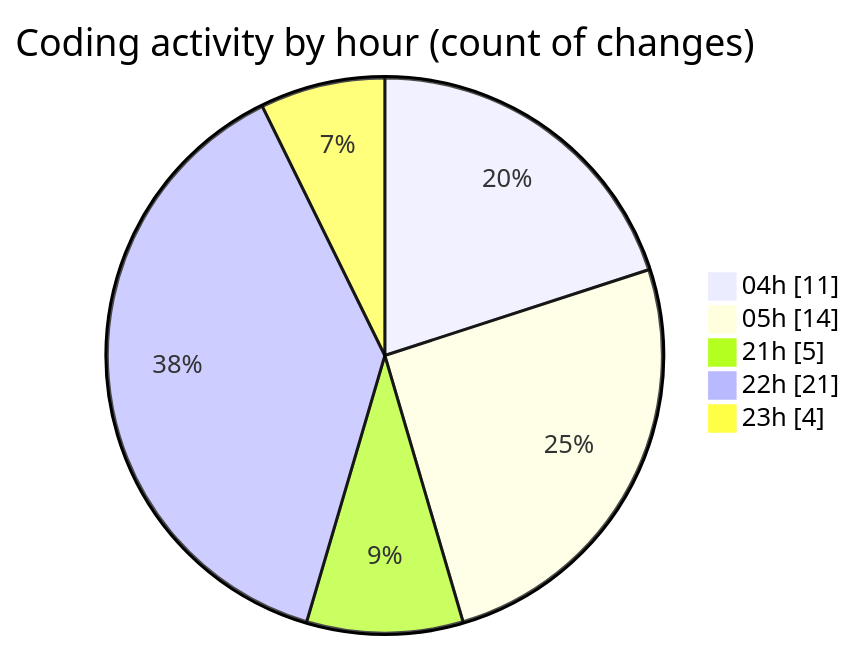
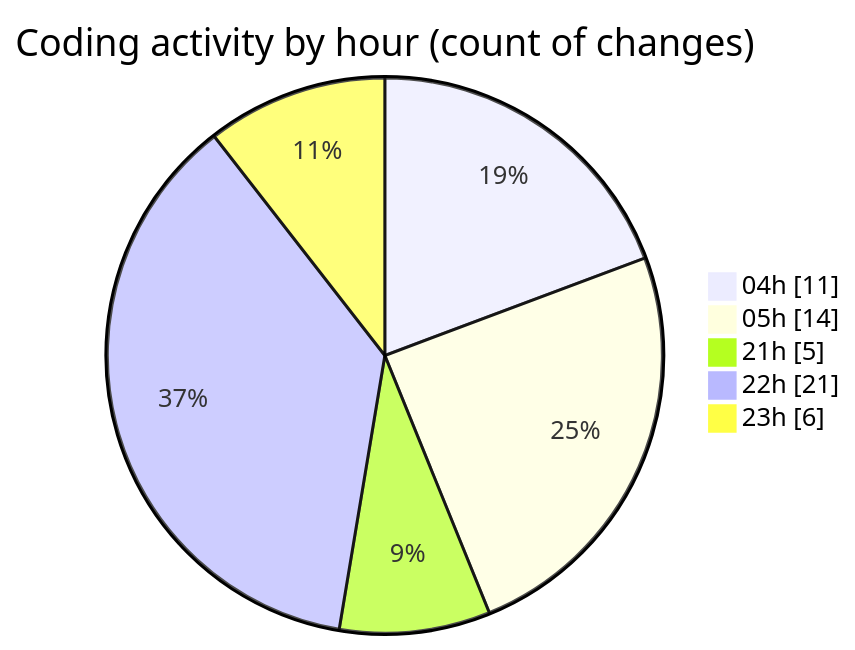
One commit to idhammustaqopulfikri/code-tracking changed the second of 2 diagrams in 2025-03-27/autodidak/README.md. Above: the diagram before and after it, drawn with Mermaid. The commit also changed other lines of this file and 1 other file, not shown here.

````diff
--- a/2025-03-27/autodidak/README.md
+++ b/2025-03-27/autodidak/README.md
@@ -38,9 +38,9 @@
 ```mermaid
 pie showData
 title Coding activity by hour (count of changes)
 "04h" : 11
 "05h" : 14
 "21h" : 5
 "22h" : 21
-"23h" : 4
+"23h" : 6
 ```
````
